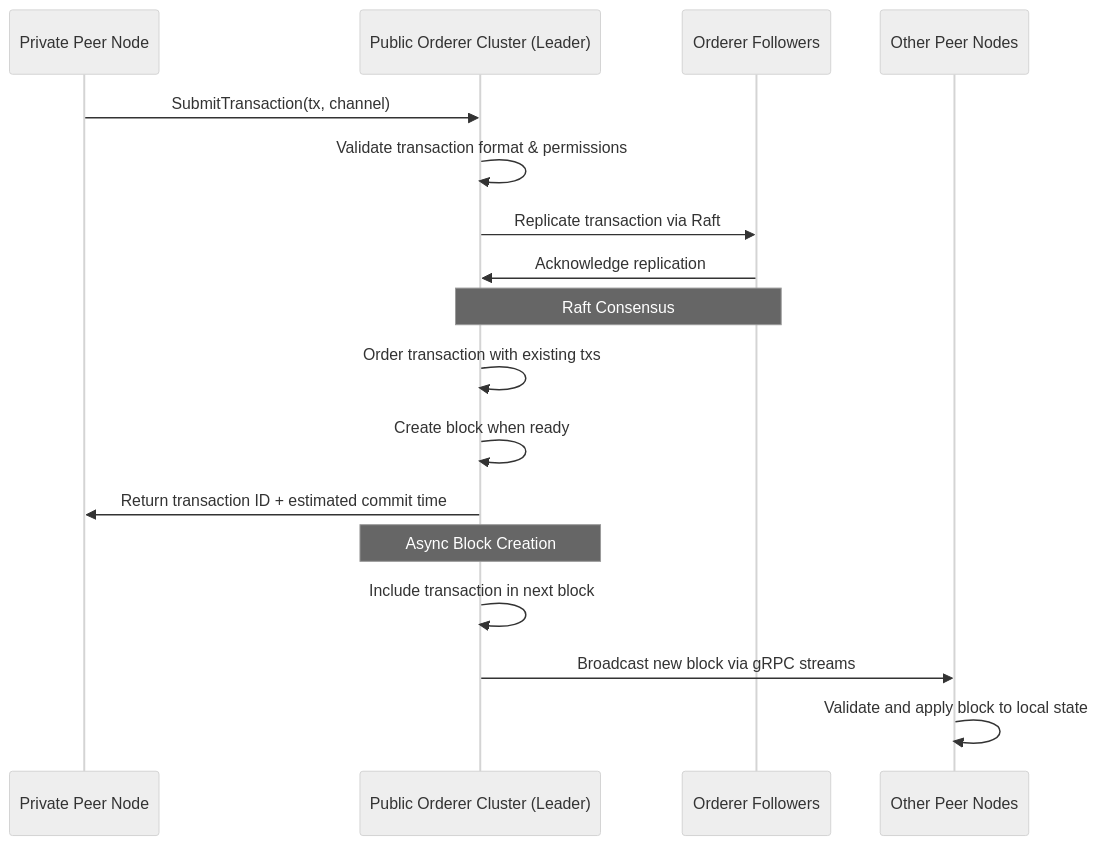
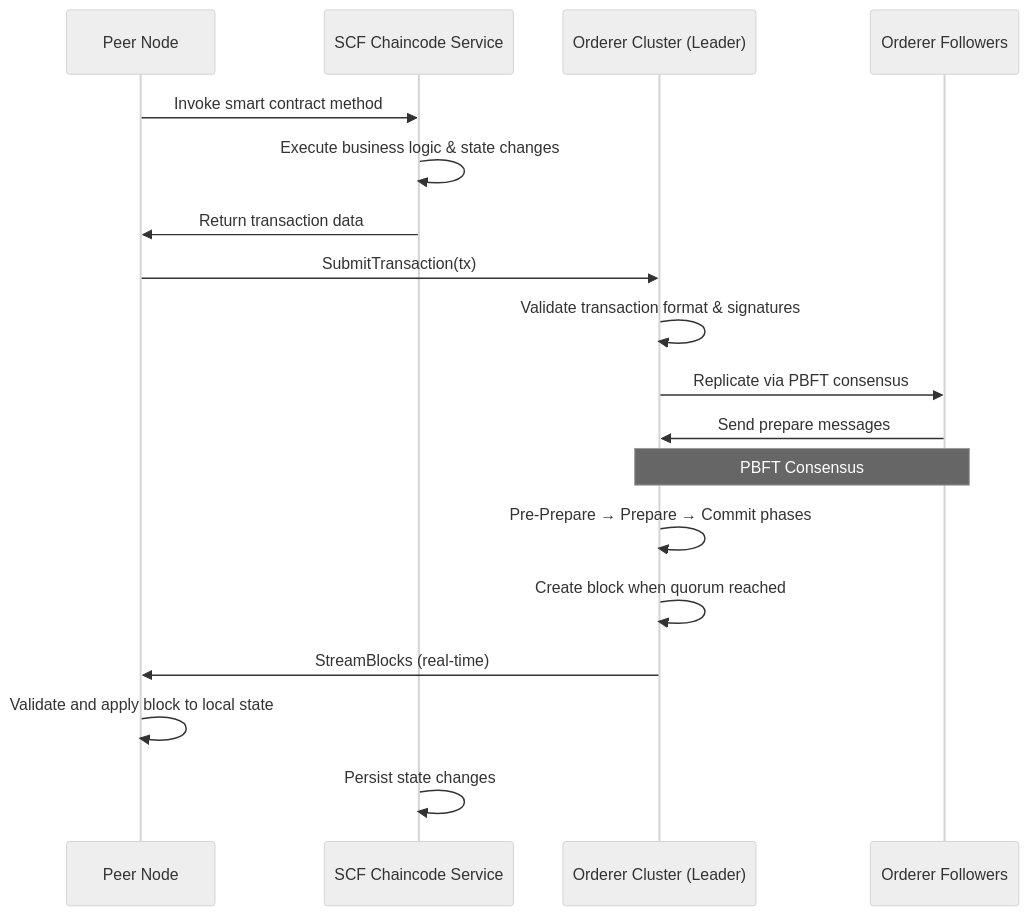
The second of 5 diagrams in System_Design_Document.md (trunghc97/blockchain), drawn with Mermaid (neutral theme) before and after one commit. The commit also changed other lines of this file and 5 other files, not shown here.

````diff
--- a/System_Design_Document.md
+++ b/System_Design_Document.md
@@ -225,22 +240,24 @@
 ```mermaid
 sequenceDiagram
-    participant Peer as Private Peer Node
-    participant Orderer as Public Orderer Cluster (Leader)
+    participant Peer as Peer Node
+    participant Chaincode as SCF Chaincode Service
+    participant Orderer as Orderer Cluster (Leader)
     participant Followers as Orderer Followers
-    participant Peers as Other Peer Nodes
 
-    Peer->>Orderer: SubmitTransaction(tx, channel)
-    Orderer->>Orderer: Validate transaction format & permissions
-    Orderer->>Followers: Replicate transaction via Raft
-    Followers->>Orderer: Acknowledge replication
+    Peer->>Chaincode: Invoke smart contract method
+    Chaincode->>Chaincode: Execute business logic & state changes
+    Chaincode->>Peer: Return transaction data
 
-    Note over Orderer,Followers: Raft Consensus
-    Orderer->>Orderer: Order transaction with existing txs
-    Orderer->>Orderer: Create block when ready
-    Orderer->>Peer: Return transaction ID + estimated commit time
+    Peer->>Orderer: SubmitTransaction(tx)
+    Orderer->>Orderer: Validate transaction format & signatures
+    Orderer->>Followers: Replicate via PBFT consensus
+    Followers->>Orderer: Send prepare messages
 
-    Note over Orderer: Async Block Creation
-    Orderer->>Orderer: Include transaction in next block
-    Orderer->>Peers: Broadcast new block via gRPC streams
-    Peers->>Peers: Validate and apply block to local state
+    Note over Orderer,Followers: PBFT Consensus
+    Orderer->>Orderer: Pre-Prepare → Prepare → Commit phases
+    Orderer->>Orderer: Create block when quorum reached
+    Orderer->>Peer: StreamBlocks (real-time)
+
+    Peer->>Peer: Validate and apply block to local state
+    Chaincode->>Chaincode: Persist state changes
 ```
````
